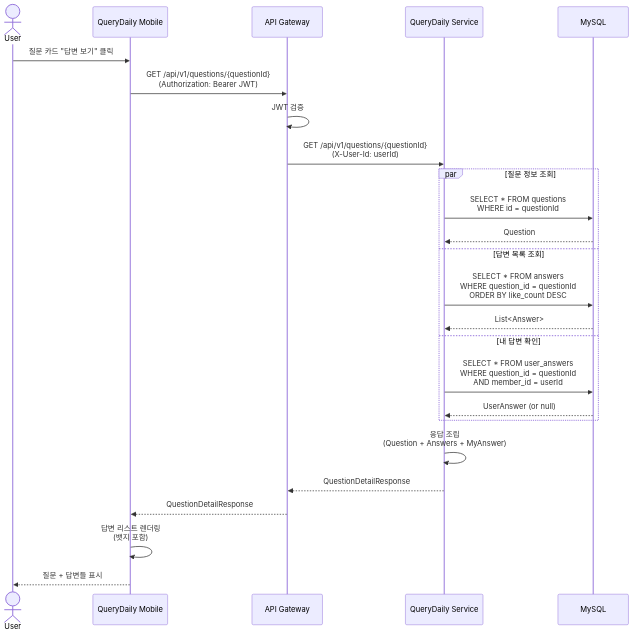
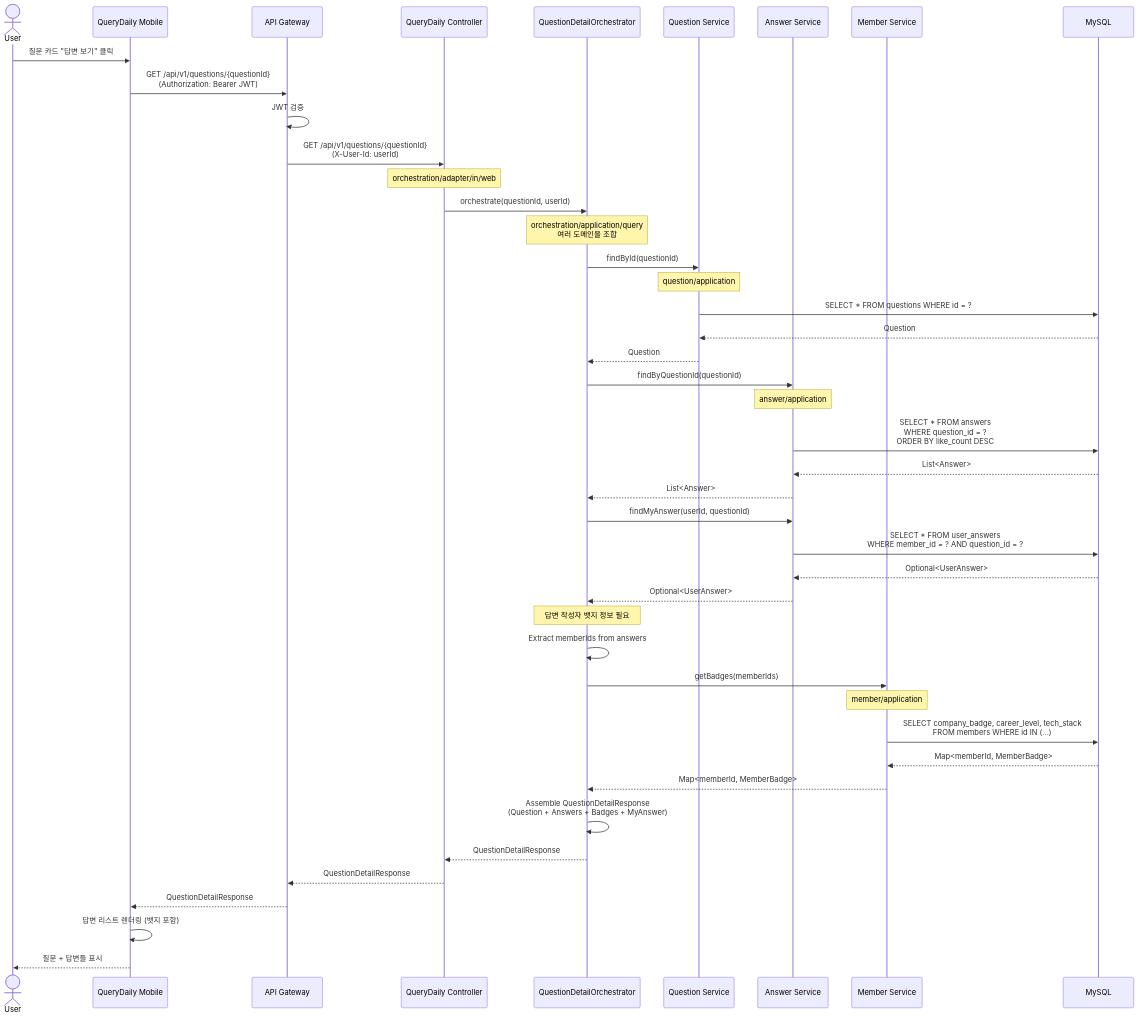
One commit to AsyncSite/querydaily-frontend changed the seventh of 12 diagrams in docs/plan/MOBILE_MVP_ROADMAP.md. Above: the diagram before and after it, drawn with Mermaid. The commit also changed other lines of this file, not shown here.

First line of the commit message:
docs: Add orchestration layer to backend architecture

````diff
--- a/docs/plan/MOBILE_MVP_ROADMAP.md
+++ b/docs/plan/MOBILE_MVP_ROADMAP.md
@@ -1921,30 +2064,54 @@
 ```mermaid
 sequenceDiagram
     actor User
     participant Mobile as QueryDaily Mobile
     participant Gateway as API Gateway
-    participant QDService as QueryDaily Service
+    participant Controller as QueryDaily Controller
+    participant Orchestrator as QuestionDetailOrchestrator
+    participant QuestionSvc as Question Service
+    participant AnswerSvc as Answer Service
+    participant MemberSvc as Member Service
     participant DB as MySQL
 
     User->>Mobile: 질문 카드 "답변 보기" 클릭
     Mobile->>Gateway: GET /api/v1/questions/{questionId}<br/>(Authorization: Bearer JWT)
     Gateway->>Gateway: JWT 검증
-    Gateway->>QDService: GET /api/v1/questions/{questionId}<br/>(X-User-Id: userId)
+    Gateway->>Controller: GET /api/v1/questions/{questionId}<br/>(X-User-Id: userId)
 
-    par 질문 정보 조회
-        QDService->>DB: SELECT * FROM questions<br/>WHERE id = questionId
-        DB-->>QDService: Question
-    and 답변 목록 조회
-        QDService->>DB: SELECT * FROM answers<br/>WHERE question_id = questionId<br/>ORDER BY like_count DESC
-        DB-->>QDService: List<Answer>
-    and 내 답변 확인
-        QDService->>DB: SELECT * FROM user_answers<br/>WHERE question_id = questionId<br/>AND member_id = userId
-        DB-->>QDService: UserAnswer (or null)
-    end
+    Note over Controller: orchestration/adapter/in/web
+    Controller->>Orchestrator: orchestrate(questionId, userId)
 
-    QDService->>QDService: 응답 조립<br/>(Question + Answers + MyAnswer)
-    QDService-->>Gateway: QuestionDetailResponse
+    Note over Orchestrator: orchestration/application/query<br/>여러 도메인을 조합
+
+    Orchestrator->>QuestionSvc: findById(questionId)
+    Note over QuestionSvc: question/application
+    QuestionSvc->>DB: SELECT * FROM questions WHERE id = ?
+    DB-->>QuestionSvc: Question
+    QuestionSvc-->>Orchestrator: Question
+
+    Orchestrator->>AnswerSvc: findByQuestionId(questionId)
+    Note over AnswerSvc: answer/application
+    AnswerSvc->>DB: SELECT * FROM answers<br/>WHERE question_id = ?<br/>ORDER BY like_count DESC
+    DB-->>AnswerSvc: List<Answer>
+    AnswerSvc-->>Orchestrator: List<Answer>
+
+    Orchestrator->>AnswerSvc: findMyAnswer(userId, questionId)
+    AnswerSvc->>DB: SELECT * FROM user_answers<br/>WHERE member_id = ? AND question_id = ?
+    DB-->>AnswerSvc: Optional<UserAnswer>
+    AnswerSvc-->>Orchestrator: Optional<UserAnswer>
+
+    Note over Orchestrator: 답변 작성자 뱃지 정보 필요
+    Orchestrator->>Orchestrator: Extract memberIds from answers
+    Orchestrator->>MemberSvc: getBadges(memberIds)
+    Note over MemberSvc: member/application
+    MemberSvc->>DB: SELECT company_badge, career_level, tech_stack<br/>FROM members WHERE id IN (...)
+    DB-->>MemberSvc: Map<memberId, MemberBadge>
+    MemberSvc-->>Orchestrator: Map<memberId, MemberBadge>
+
+    Orchestrator->>Orchestrator: Assemble QuestionDetailResponse<br/>(Question + Answers + Badges + MyAnswer)
+    Orchestrator-->>Controller: QuestionDetailResponse
+    Controller-->>Gateway: QuestionDetailResponse
     Gateway-->>Mobile: QuestionDetailResponse
-    Mobile->>Mobile: 답변 리스트 렌더링<br/>(뱃지 포함)
+    Mobile->>Mobile: 답변 리스트 렌더링 (뱃지 포함)
     Mobile-->>User: 질문 + 답변들 표시
 ```
````
